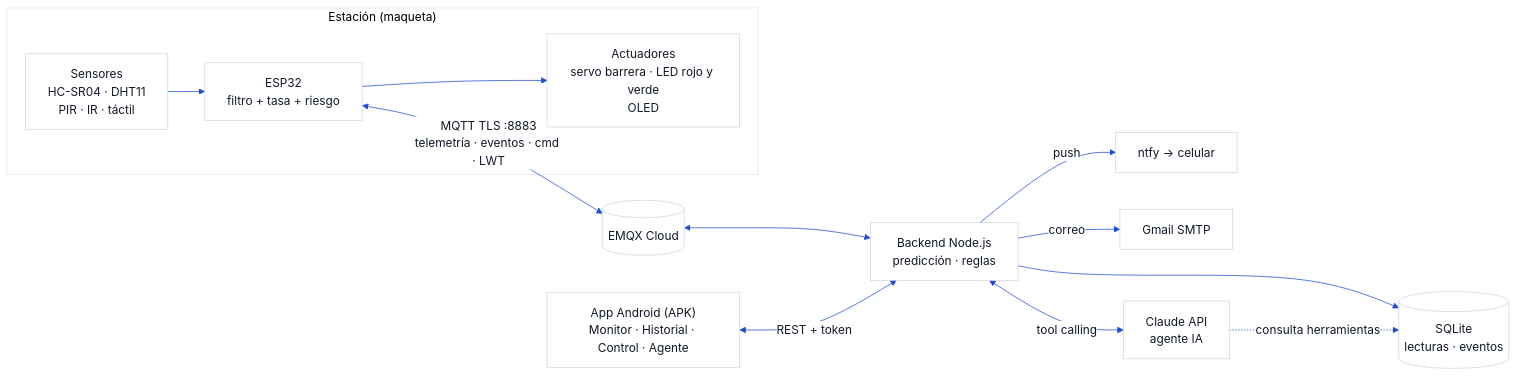
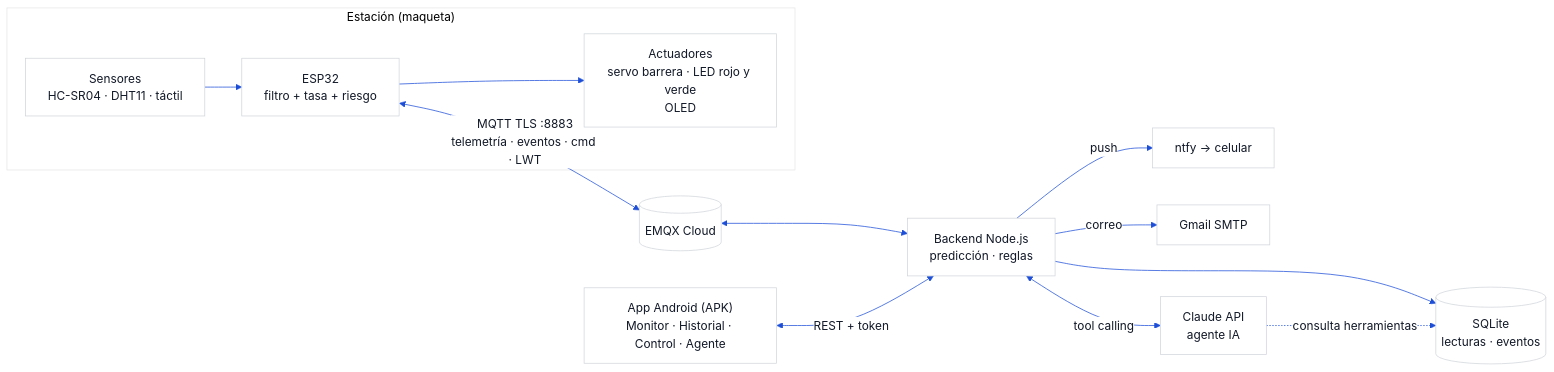
One commit to SantiagoRicaurte06/Proyecto-ESP32-IoT changed the first of 2 diagrams in docs/02-fase2.md. Above: the diagram before and after it, drawn with Mermaid. The commit also changed other lines of this file and 19 other files, not shown here.

````diff
--- a/docs/02-fase2.md
+++ b/docs/02-fase2.md
@@ -50,16 +50,16 @@
 ```mermaid
 %%{init: {'theme':'base','themeVariables':{'primaryColor':'#FFFFFF','primaryBorderColor':'#D1D5DB','primaryTextColor':'#111827','lineColor':'#1D4ED8','fontFamily':'Inter, Arial','background':'#F3F4F6'}}}%%
 flowchart LR
   subgraph Estacion["Estación (maqueta)"]
-    S["Sensores<br/>HC-SR04 · DHT11<br/>PIR · IR · táctil"] --> E["ESP32<br/>filtro + tasa + riesgo"]
+    S["Sensores<br/>HC-SR04 · DHT11 · táctil"] --> E["ESP32<br/>filtro + tasa + riesgo"]
     E --> A["Actuadores<br/>servo barrera · LED rojo y verde<br/>OLED"]
   end
   E <-->|"MQTT TLS :8883<br/>telemetría · eventos · cmd · LWT"| B[("EMQX Cloud")]
   B <--> K["Backend Node.js<br/>predicción · reglas"]
   K --> D[("SQLite<br/>lecturas · eventos")]
   K -->|"push"| N1["ntfy → celular"]
   K -->|"correo"| N2["Gmail SMTP"]
   APP["App Android (APK)<br/>Monitor · Historial · Control · Agente"] <-->|"REST + token"| K
   K <-->|"tool calling"| IA["Claude API<br/>agente IA"]
   IA -.->|"consulta herramientas"| D
 ```
````
